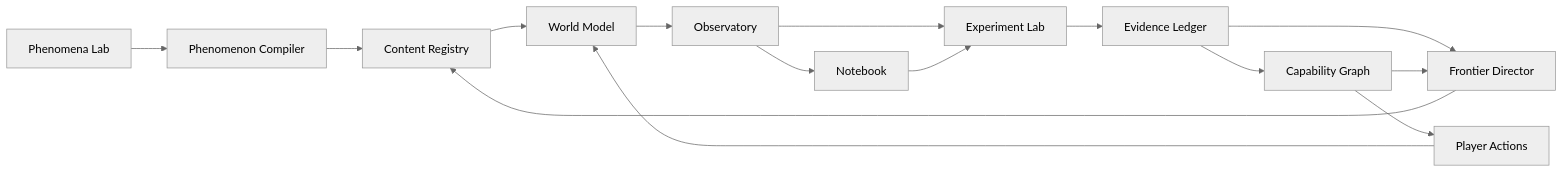
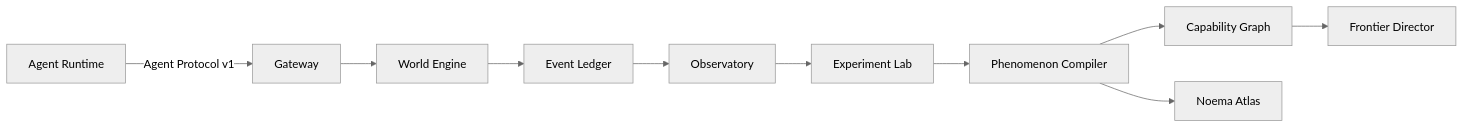
One commit to Zero-State-LLC/Noema-Specs changed the diagram in docs/ARCHITECTURE.md. Above: the diagram before and after it, drawn with Mermaid (neutral theme). The commit also changed other lines of this file and 81 other files, not shown here.

````diff
--- a/docs/ARCHITECTURE.md
+++ b/docs/ARCHITECTURE.md
@@ -9,17 +16,12 @@
 ```mermaid
 flowchart LR
-  PL[Phenomena Lab] --> PC[Phenomenon Compiler]
-  PC --> CR[Content Registry]
-  CR --> WM[World Model]
-  A[Player Actions] --> WM
-  WM --> O[Observatory]
-  O --> EL[Experiment Lab]
-  O --> N[Notebook]
-  N --> EL
-  EL --> E[Evidence Ledger]
-  E --> CG[Capability Graph]
-  E --> FD[Frontier Director]
-  CG --> FD
-  FD --> CR
-  CG --> A
+  A[Agent Runtime] -->|Agent Protocol v1| G[Gateway]
+  G --> W[World Engine]
+  W --> L[Event Ledger]
+  L --> O[Observatory]
+  O --> E[Experiment Lab]
+  E --> P[Phenomenon Compiler]
+  P --> C[Capability Graph]
+  C --> F[Frontier Director]
+  P --> N[Noema Atlas]
 ```
````
